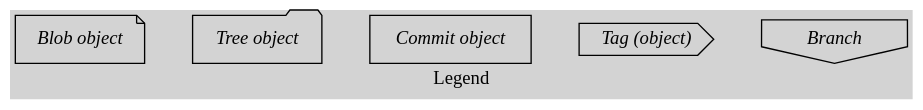
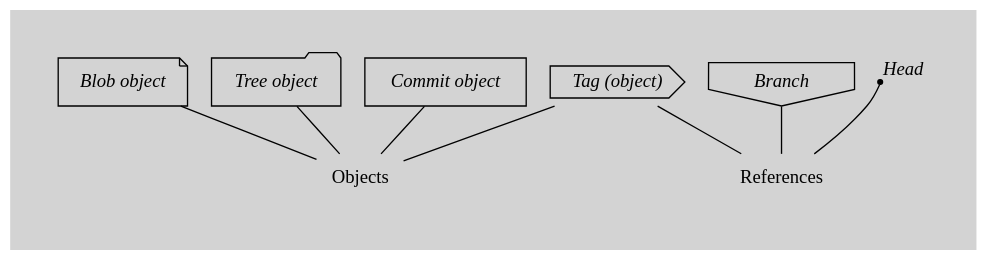
One commit to mathling-programming/lectures changed the second of 5 diagrams in source/gitanatomy.rst. Above: the diagram before and after it, drawn with Graphviz. The commit also changed other lines of this file, not shown here.

```diff
--- a/source/gitanatomy.rst
+++ b/source/gitanatomy.rst
@@ -52,17 +55,24 @@
 .. graphviz::
 
    digraph {
-     rankdir = LR
-     label = "Legend"
      bgcolor = lightgray
+     pad = 0.5
      node [ fontname = "times-italic" ]
-     edge [ style = "invis" ]
      ex_blob [ shape = note, label = "Blob object" ]
      ex_tree [ shape = folder, label = "Tree object" ]
      ex_commit [ shape = commit, label = "Commit object" ]
      ex_tag [ shape = cds, label = "Tag (object)" ]
      ex_branch [ shape = invhouse, label = "Branch" ]
+     ex_head [ shape = point, xlabel = "Head" ]
 
-     ex_blob -> ex_tree -> ex_commit -> ex_tag -> ex_branch
+     ex_objects [ shape = none, label = "Objects", fontname = "serif" ]
+     ex_refs [ shape = none, label = "References",  fontname = "serif"  ]
 
+     ex_blob -> ex_objects [ dir = none ]
+     ex_tree -> ex_objects [ dir = none ]
+     ex_commit -> ex_objects [ dir = none ]
+     ex_tag -> ex_objects [ dir = none ]
+     ex_tag -> ex_refs [ dir = none ]
+     ex_branch -> ex_refs [ dir = none ]
+     ex_head -> ex_refs [ dir = none ]
    }
```
